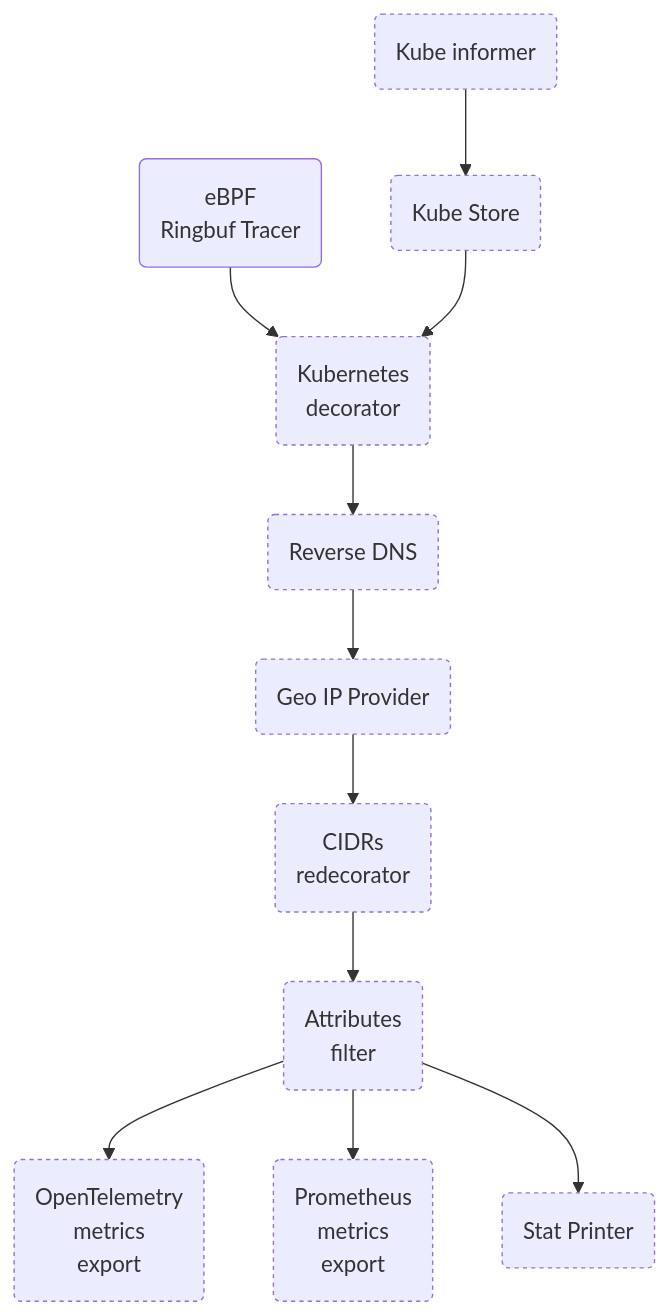
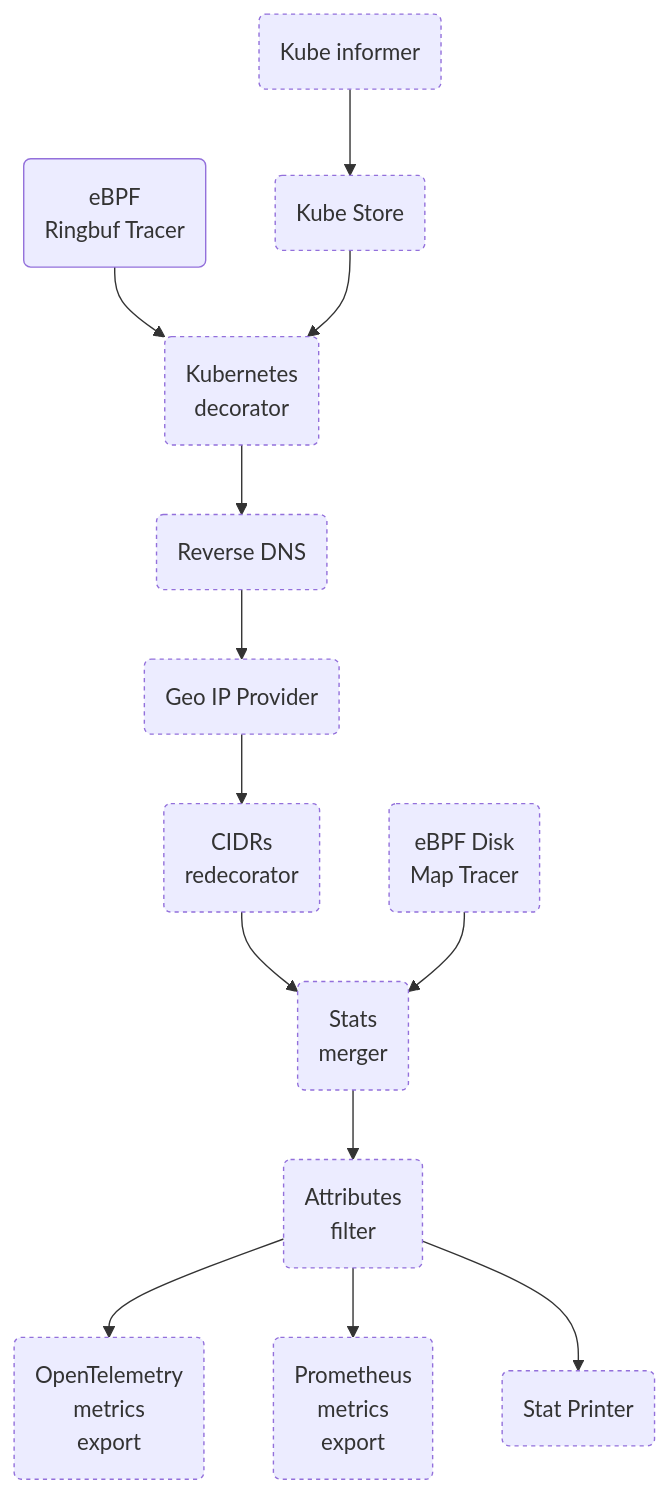
One commit to TheDwingMAN/opentelemetry-ebpf-instrumentation changed the third of 3 diagrams in devdocs/pipeline-map.md. Above: the diagram before and after it, drawn with Mermaid. The commit also changed 2 other files, not shown here.

Commit message:
docs: document the disk service duration
Describe what obi.stat.disk.service.duration measures, on OBI's clock
and for the requests whose issue OBI recorded, and its limits: the
counts that differ from /proc/diskstats, the stacked devices, the stats
filters and dynamic selection, the fixed buckets, and the cost of the
probes and the sizes of their maps. Add the disk branch to the stats
pipeline map.

````diff
--- a/devdocs/pipeline-map.md
+++ b/devdocs/pipeline-map.md
@@ -103,14 +103,16 @@
 ```mermaid
 flowchart TD
     classDef optional stroke-dasharray: 3 3;
     RT(eBPF<br/>Ringbuf Tracer) --> K8S
     KIN(Kube informer):::optional --> KSTORE
     KSTORE(Kube Store):::optional --> K8S
     K8S(Kubernetes<br/>decorator):::optional --> RDNS
     RDNS(Reverse DNS):::optional --> GeoIP
     GeoIP(Geo IP Provider):::optional --> CIDRS
-    CIDRS(CIDRs<br/>redecorator):::optional --> FLTR
+    CIDRS(CIDRs<br/>redecorator):::optional --> MRG
+    DMT(eBPF Disk<br/>Map Tracer):::optional --> MRG
+    MRG(Stats<br/>merger):::optional --> FLTR
     FLTR(Attributes<br/>filter):::optional --> OTEL(OpenTelemetry<br/>metrics<br/>export):::optional
     FLTR --> PROM(Prometheus<br/>metrics<br/>export):::optional
     FLTR --> StatPrinter(Stat Printer):::optional
 ```
````
